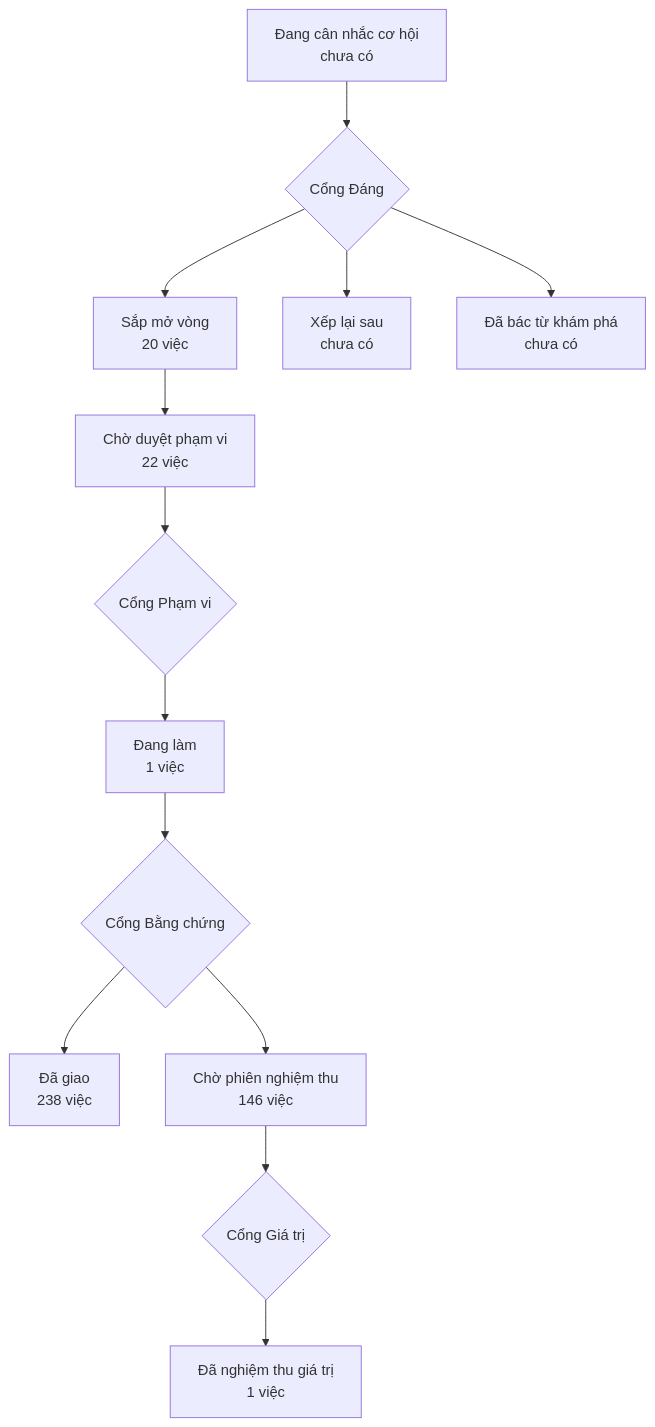
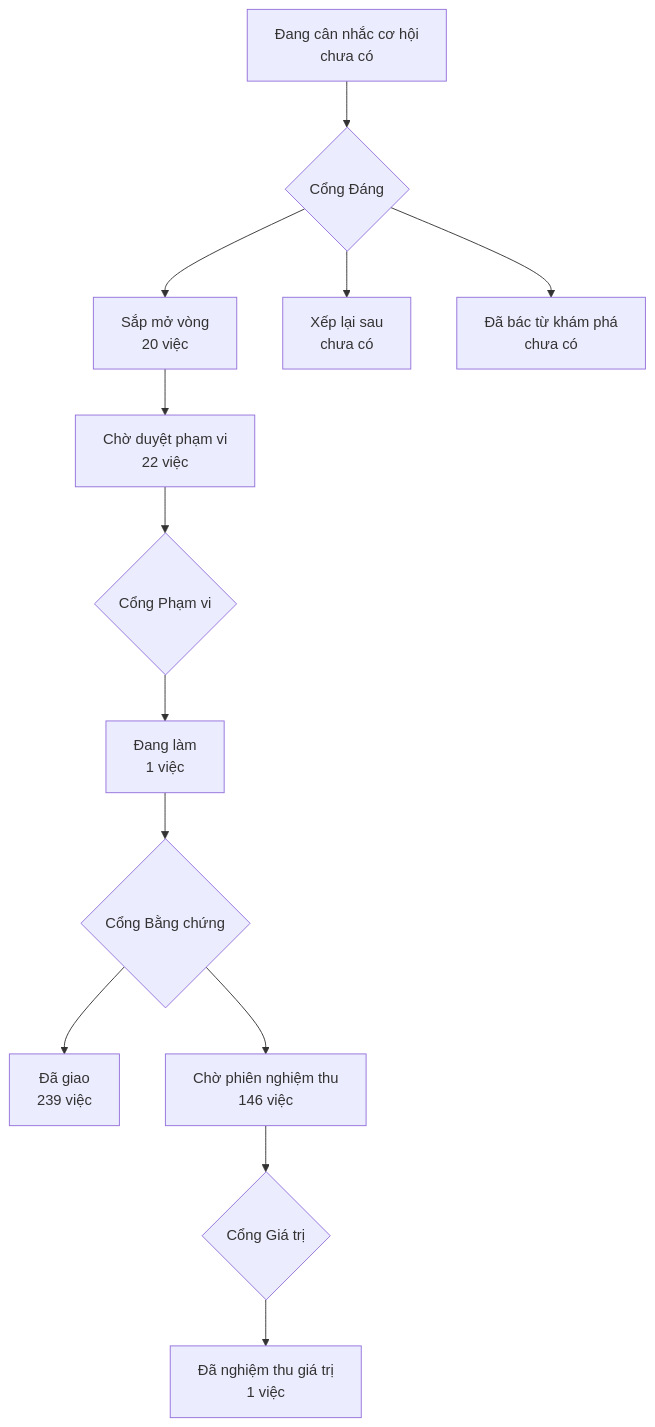
One commit to phanlemanh/onehub-invest changed the diagram in PRODUCT-MAP.md. Above: the diagram before and after it, drawn with Mermaid. The commit also changed other lines of this file and 1 other file, not shown here.

Commit message:
chore(sync-cloud-che-ten-nguon-moi-cot): sinh lại PRODUCT-MAP, LO-TRINH sau gộp main d9afaa945

````diff
--- a/PRODUCT-MAP.md
+++ b/PRODUCT-MAP.md
@@ -7,12 +7,12 @@
 ```mermaid
 flowchart TD
   A["Đang cân nhắc cơ hội<br/>chưa có"] --> GD{"Cổng Đáng"}
   GD --> B["Sắp mở vòng<br/>20 việc"]
   GD --> XL["Xếp lại sau<br/>chưa có"]
   GD --> DB["Đã bác từ khám phá<br/>chưa có"]
   B --> CD["Chờ duyệt phạm vi<br/>22 việc"] --> GP{"Cổng Phạm vi"}
   GP --> DL["Đang làm<br/>1 việc"] --> GB{"Cổng Bằng chứng"}
-  GB --> DG["Đã giao<br/>238 việc"]
+  GB --> DG["Đã giao<br/>239 việc"]
   GB --> CN["Chờ phiên nghiệm thu<br/>146 việc"] --> GG{"Cổng Giá trị"}
   GG --> NT["Đã nghiệm thu giá trị<br/>1 việc"]
 ```
````
